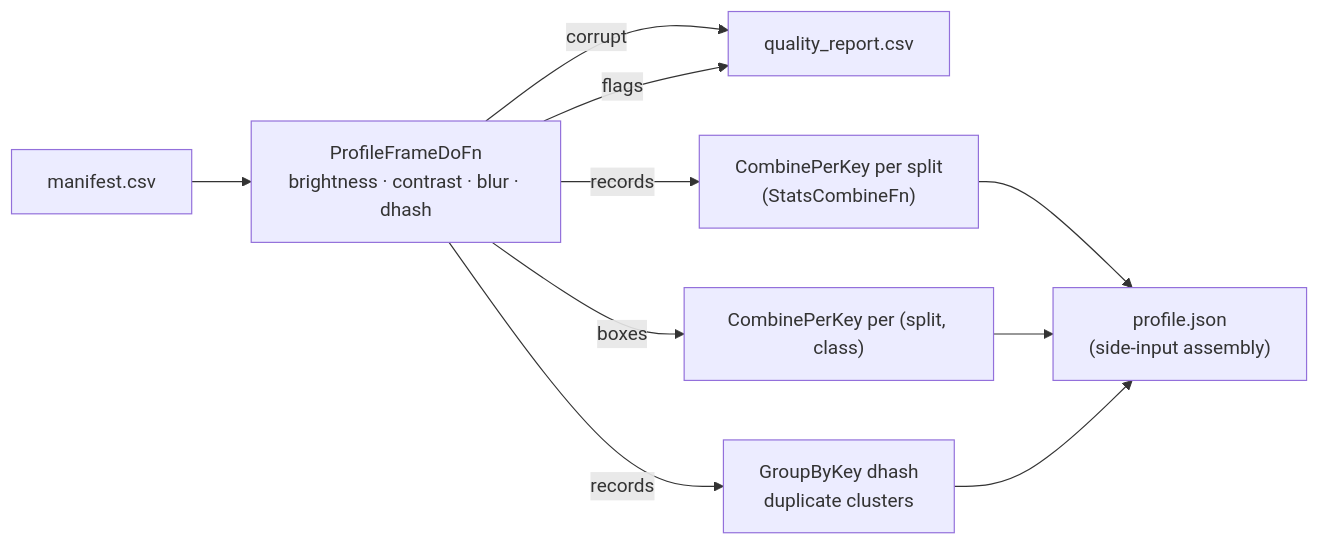
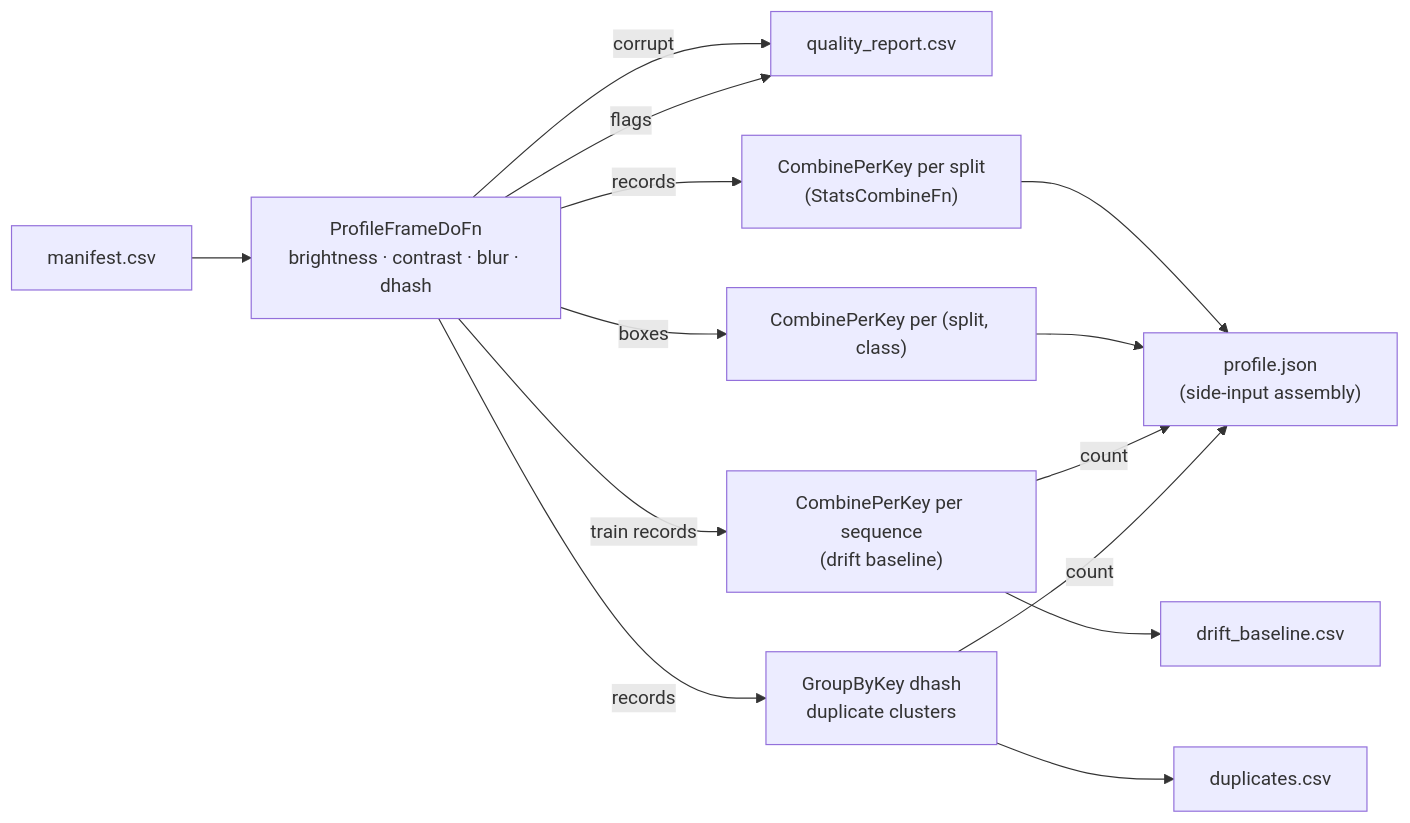
The second of 3 diagrams in docs/batch-pipeline.md (vtarasv/mlops-cv), drawn with Mermaid before and after one commit. The commit also changed other lines of this file and 23 other files, not shown here.

Commit message:
feat(monitoring): add the drift baseline that relates to training runs as a data version

````diff
--- a/docs/batch-pipeline.md
+++ b/docs/batch-pipeline.md
@@ -47,12 +47,16 @@
 ```mermaid
 flowchart LR
   man["manifest.csv"] --> pf["ProfileFrameDoFn<br/>brightness · contrast · blur · dhash"]
   pf -->|corrupt| rep["quality_report.csv"]
   pf -->|records| agg["CombinePerKey per split<br/>(StatsCombineFn)"]
   pf -->|boxes| cagg["CombinePerKey per (split, class)"]
+  pf -->|train records| bagg["CombinePerKey per sequence<br/>(drift baseline)"]
   pf -->|records| dup["GroupByKey dhash<br/>duplicate clusters"]
   pf -->|flags| rep
   agg --> pj["profile.json<br/>(side-input assembly)"]
   cagg --> pj
-  dup --> pj
+  bagg --> bcsv["drift_baseline.csv"]
+  dup --> dcsv["duplicates.csv"]
+  bagg -->|count| pj
+  dup -->|count| pj
 ```
````
